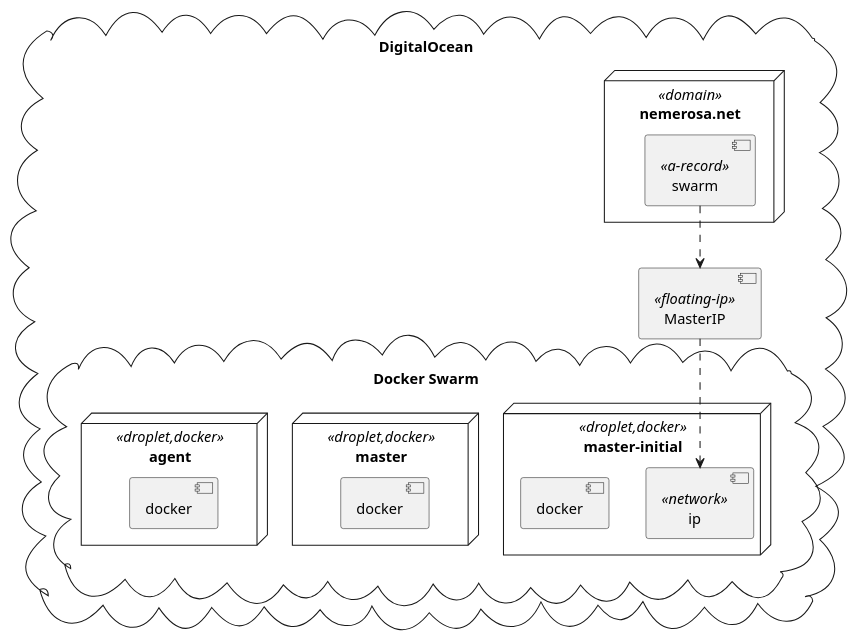
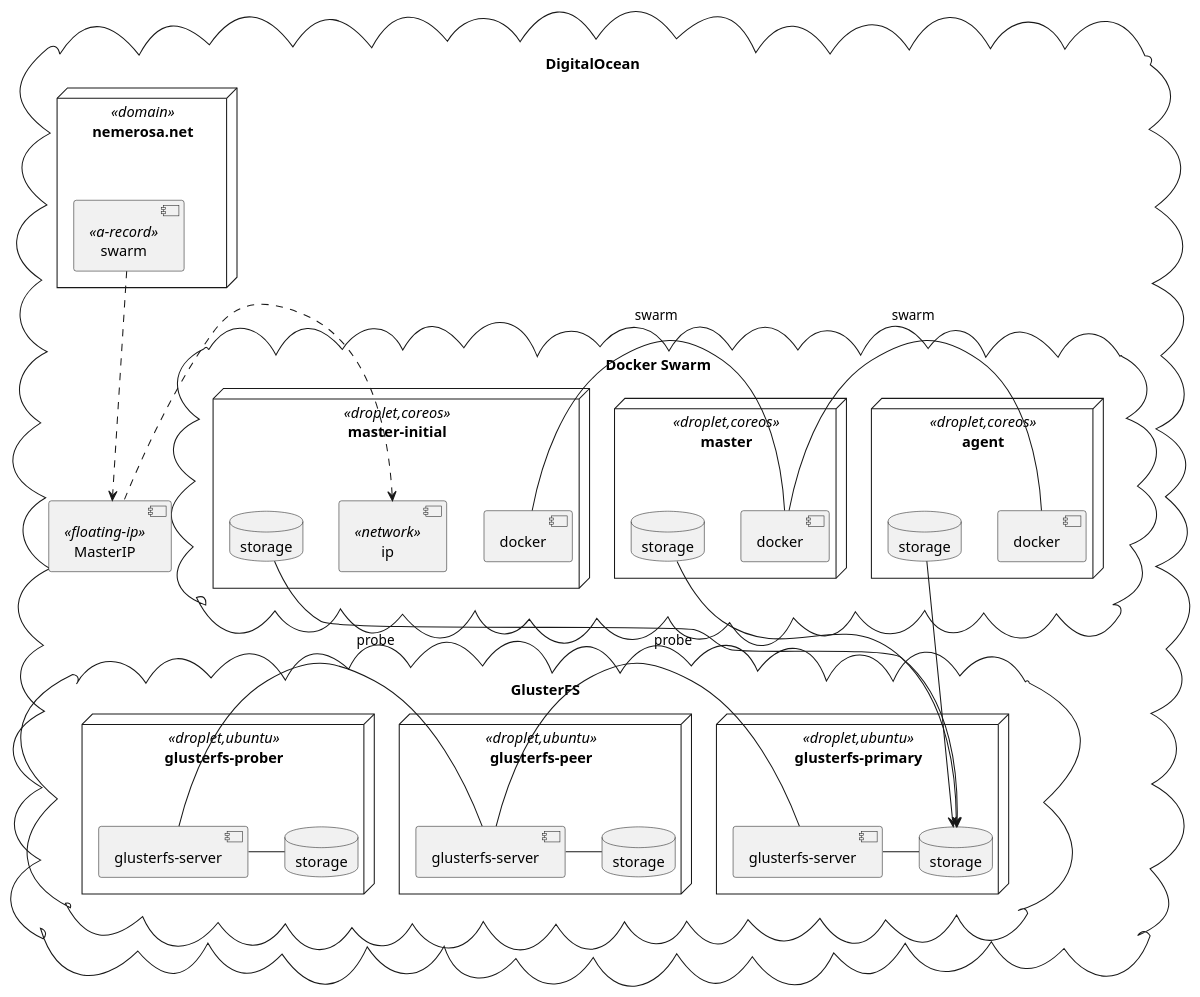
One commit to dcoraboeuf/do-swarm changed the diagram in src/docs/asciidoc/components.puml. Above: the diagram before and after it, drawn with PlantUML.

Commit message:
GlusterFS

```diff
--- a/src/docs/asciidoc/components.puml
+++ b/src/docs/asciidoc/components.puml
@@ -1,31 +1,67 @@
 @startuml
 cloud "DigitalOcean" {
 
     cloud "Docker Swarm" {
 
-        node "master-initial" <<droplet,docker>> {
+        node "master-initial" <<droplet,coreos>> {
             component "ip" <<network>> as MasterIP
             component "docker" as MasterDocker
+            database "storage" as MasterStorage
         }
 
-        node "master" <<droplet,docker>> {
+        node "master" <<droplet,coreos>> {
             component "docker" as MasterSecondaryDocker
+            database "storage" as MasterSecondaryStorage
         }
 
-        node "agent" <<droplet,docker>> {
+        node "agent" <<droplet,coreos>> {
             component "docker" as AgentDocker
+            database "storage" as AgentStorage
         }
 
     }
 
     component "MasterIP" <<floating-ip>> as MasterFloatingIP
 
     node "nemerosa.net" <<domain>> {
         component "swarm" <<a-record>> as SwarmDNS
     }
 
+    cloud "GlusterFS" {
+
+        node "glusterfs-primary" <<droplet,ubuntu>> {
+            component "glusterfs-server" as GlusterFSServerPrimary
+            database "storage" as GlusterFSStoragePrimary
+        }
+
+        node "glusterfs-peer" <<droplet,ubuntu>> {
+            component "glusterfs-server" as GlusterFSServerPeer
+            database "storage" as GlusterFSStoragePeer
+        }
+
+        node "glusterfs-prober" <<droplet,ubuntu>> {
+            component "glusterfs-server" as GlusterFSServerProber
+            database "storage" as GlusterFSStorageProber
+        }
+
+    }
+
 }
 
-MasterFloatingIP ..> MasterIP
-SwarmDNS ..> MasterFloatingIP
+GlusterFSServerPrimary -right- GlusterFSServerPeer: probe
+GlusterFSServerPeer -right- GlusterFSServerProber: probe
+
+GlusterFSServerPrimary -right- GlusterFSStoragePrimary
+GlusterFSServerPeer -right- GlusterFSStoragePeer
+GlusterFSServerProber -right- GlusterFSStorageProber
+
+MasterDocker -right- MasterSecondaryDocker:swarm
+MasterSecondaryDocker -right- AgentDocker:swarm
+
+MasterStorage --> GlusterFSStoragePrimary
+MasterSecondaryStorage --> GlusterFSStoragePrimary
+AgentStorage --> GlusterFSStoragePrimary
+
+MasterFloatingIP .left.> MasterIP
+SwarmDNS .down.> MasterFloatingIP
 @enduml
```
